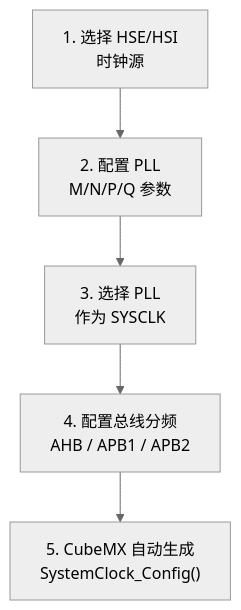
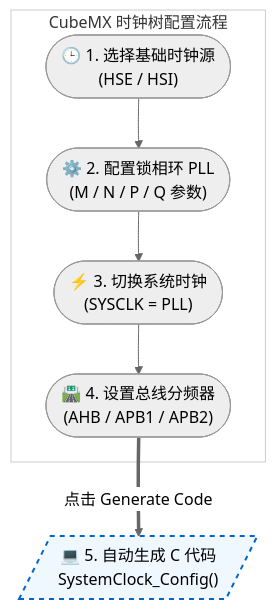
One commit to chengtao-ct/Flushingbondading_Notes changed the first of 4 diagrams in 嵌入式/操作库/STM-HAL库/时钟系统.md. Above: the diagram before and after it, drawn with Mermaid (neutral theme). The commit also changed other lines of this file and 261 other files, not shown here.

````diff
--- a/嵌入式/操作库/STM-HAL库/时钟系统.md
+++ b/嵌入式/操作库/STM-HAL库/时钟系统.md
@@ -49,7 +45,16 @@
 ```mermaid
+
 graph TD
-    A["1. 选择 HSE/HSI<br/>时钟源"] --> B["2. 配置 PLL<br/>M/N/P/Q 参数"]
-    B --> C["3. 选择 PLL<br/>作为 SYSCLK"]
-    C --> D["4. 配置总线分频<br/>AHB / APB1 / APB2"]
-    D --> E["5. CubeMX 自动生成<br/>SystemClock_Config()"]
+    subgraph SG1 [CubeMX 时钟树配置流程]
+        A(["🕒 1. 选择基础时钟源<br/>(HSE / HSI)"]) --> B(["⚙️ 2. 配置锁相环 PLL<br/>(M / N / P / Q 参数)"])
+        B --> C(["⚡ 3. 切换系统时钟<br/>(SYSCLK = PLL)"])
+        C --> D(["🛣️ 4. 设置总线分频器<br/>(AHB / APB1 / APB2)"])
+    end
+    
+    D ==>|点击 Generate Code| E[/"💻 5. 自动生成 C 代码<br/>SystemClock_Config()"/]
+
+    %% 样式美化（使用了安全的变量名 SG1）
+    style E fill:#f0f8ff,stroke:#0066cc,stroke-width:2px,stroke-dasharray: 5 5
+    style SG1 fill:#ffffff,stroke:#cccccc,stroke-width:1px
+
 ```
````
